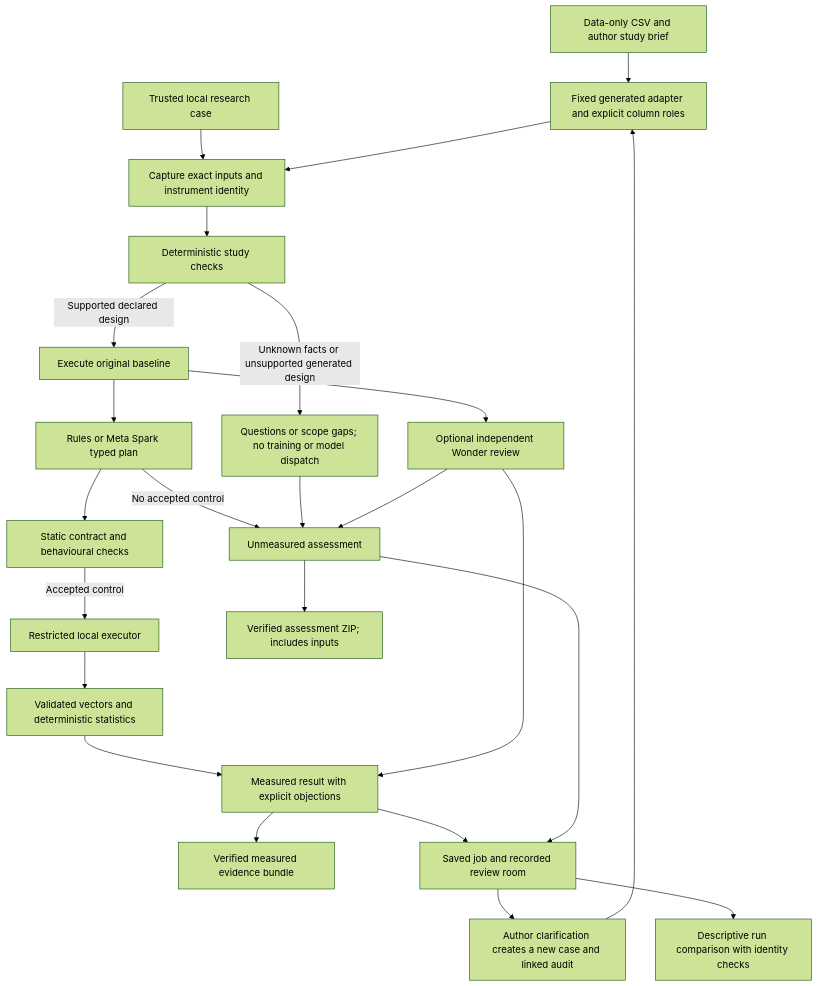
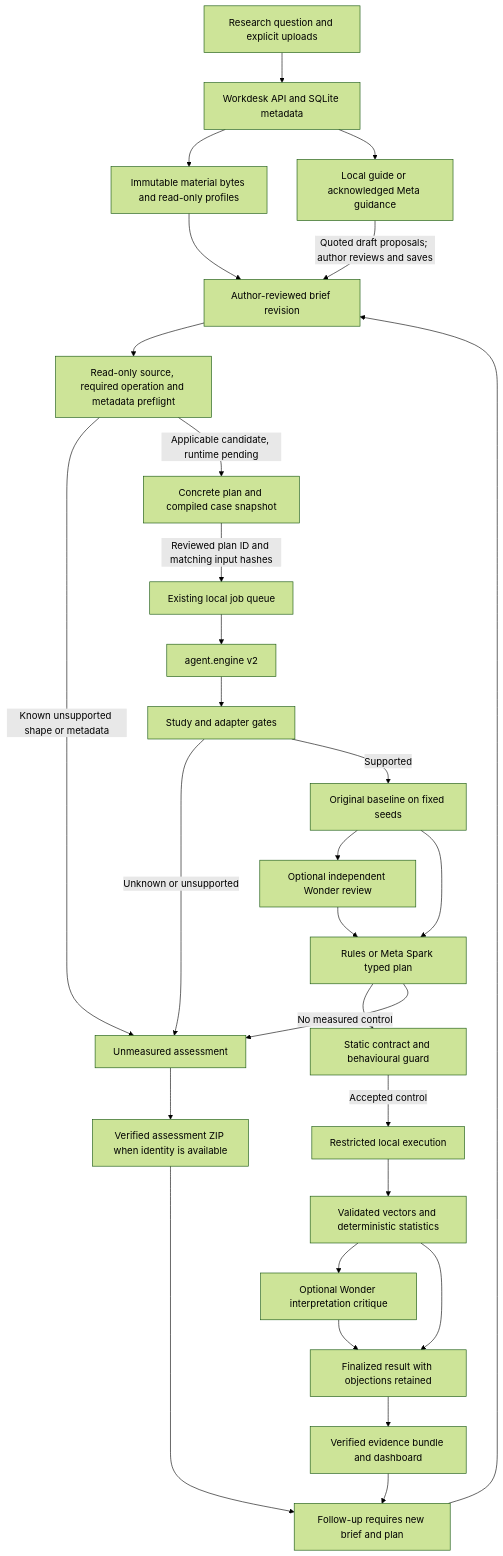
The diagram in docs/ARCHITECTURE.md (RaveenDi/NullLab), drawn with Mermaid (forest theme) before and after one commit. The commit also changed other lines of this file and 89 other files, not shown here.

Commit message:
Build question-first research workdesk and verified evidence workflow

````diff
--- a/docs/ARCHITECTURE.md
+++ b/docs/ARCHITECTURE.md
@@ -5,26 +14,31 @@
 ```mermaid
 flowchart TD
- I[Data-only CSV and author study brief] --> A[Fixed generated adapter and explicit column roles]
- T[Trusted local research case] --> B[Capture exact inputs and instrument identity]
- A --> B
- B --> Q[Deterministic study checks]
- Q -->|Unknown facts or unsupported generated design| U[Questions or scope gaps; no training or model dispatch]
- Q -->|Supported declared design| O[Execute original baseline]
- O --> P[Rules or Meta Spark typed plan]
- O --> C[Optional independent Wonder review]
- P --> G[Static contract and behavioural checks]
- G -->|Accepted control| X[Restricted local executor]
- X --> S[Validated vectors and deterministic statistics]
- S --> R[Measured result with explicit objections]
- C --> R
- P -->|No accepted control| U2[Unmeasured assessment]
- U --> U2
- C --> U2
- R --> E[Verified measured evidence bundle]
- U2 --> M[Verified assessment ZIP; includes inputs]
- R --> H[Saved job and recorded review room]
- U2 --> H
- H --> V[Author clarification creates a new case and linked audit]
- V --> A
- H --> D[Descriptive run comparison with identity checks]
+ U[Research question and explicit uploads] --> W[Workdesk API and SQLite metadata]
+ W --> M[Immutable material bytes and read-only profiles]
+ M --> B[Author-reviewed brief revision]
+ W --> C[Local guide or acknowledged Meta guidance]
+ C -->|Quoted draft proposals; author reviews and saves| B
+ B --> D[Read-only source, required operation and metadata preflight]
+ D -->|Known unsupported shape or metadata| A[Unmeasured assessment]
+ D -->|Applicable candidate, runtime pending| P[Concrete plan and compiled case snapshot]
+ P -->|Reviewed plan ID and matching input hashes| J[Existing local job queue]
+ J --> E[agent.engine v2]
+ E --> Q[Study and adapter gates]
+ Q -->|Unknown or unsupported| A
+ Q -->|Supported| O[Original baseline on fixed seeds]
+ O --> R[Optional independent Wonder review]
+ R --> S[Rules or Meta Spark typed plan]
+ O --> S
+ S --> G[Static contract and behavioural guard]
+ G -->|Accepted control| X[Restricted local execution]
+ X --> T[Validated vectors and deterministic statistics]
+ T --> K[Optional Wonder interpretation critique]
+ K --> F[Finalized result with objections retained]
+ T --> F
+ S -->|No measured control| A
+ F --> V[Verified evidence bundle and dashboard]
+ A --> Z[Verified assessment ZIP when identity is available]
+ V --> N[Follow-up requires new brief and plan]
+ Z --> N
+ N --> B
 ```
````
